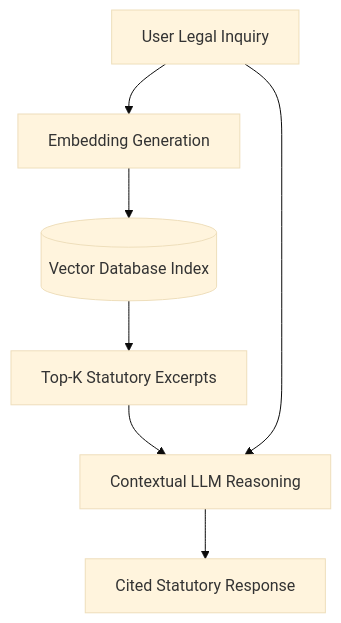
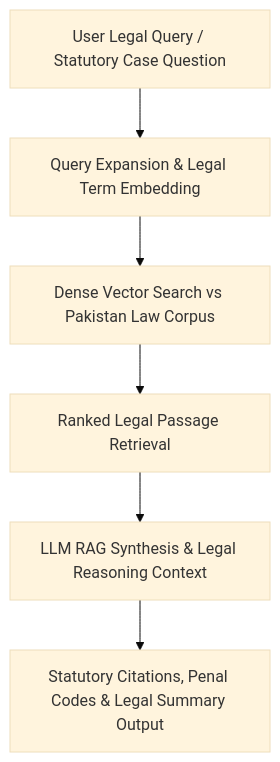
The diagram in README.md (sohailahmed-bsrh/pakistan-law-helper), drawn with Mermaid (base theme) before and after one commit. The commit also changed other lines of this file, not shown here.

````diff
--- a/README.md
+++ b/README.md
@@ -30,9 +62,8 @@
 ```mermaid
 flowchart TD
-    Query[User Legal Inquiry] --> Embed[Embedding Generation]
-    Embed --> VectorStore[(Vector Database Index)]
-    VectorStore --> TopK[Top-K Statutory Excerpts]
-    TopK --> LLM[Contextual LLM Reasoning]
-    Query --> LLM
-    LLM --> VerifiedAnswer[Cited Statutory Response]
+    A[User Legal Query / Statutory Case Question] --> B[Query Expansion & Legal Term Embedding]
+    B --> C[Dense Vector Search vs Pakistan Law Corpus]
+    C --> D[Ranked Legal Passage Retrieval]
+    D --> E[LLM RAG Synthesis & Legal Reasoning Context]
+    E --> F[Statutory Citations, Penal Codes & Legal Summary Output]
 ```
````
